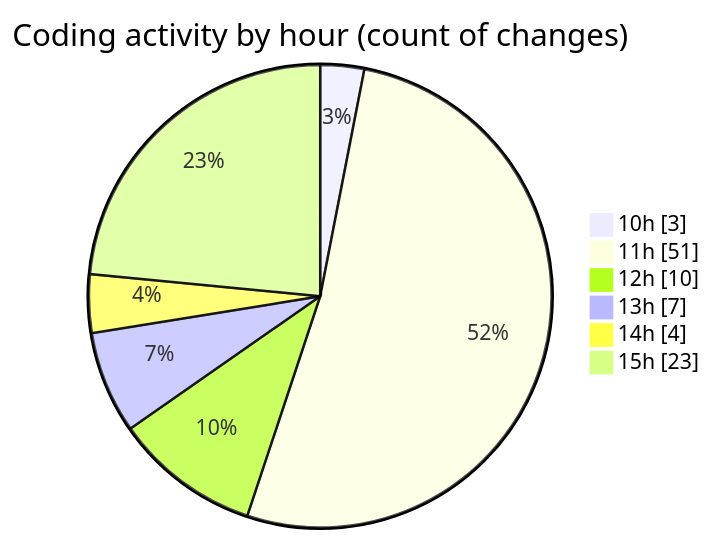
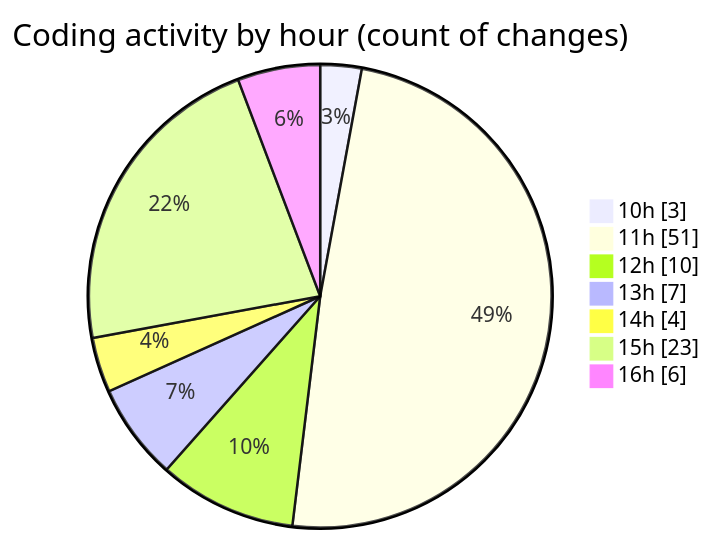
Before and after one commit to nxtqubesakshisongat/code-tracking: the second of 2 diagrams in 2025-07-11/argos/README.md, drawn with Mermaid. The commit also changed other lines of this file and 1 other file, not shown here.

````diff
--- a/2025-07-11/argos/README.md
+++ b/2025-07-11/argos/README.md
@@ -33,10 +34,11 @@
 ```mermaid
 pie showData
 title Coding activity by hour (count of changes)
 "10h" : 3
 "11h" : 51
 "12h" : 10
 "13h" : 7
 "14h" : 4
 "15h" : 23
+"16h" : 6
 ```
````
